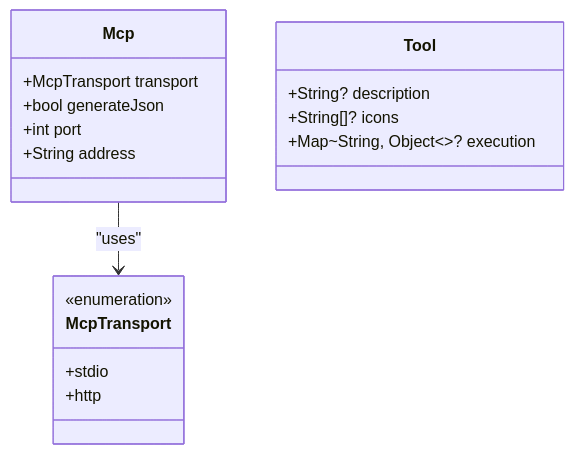
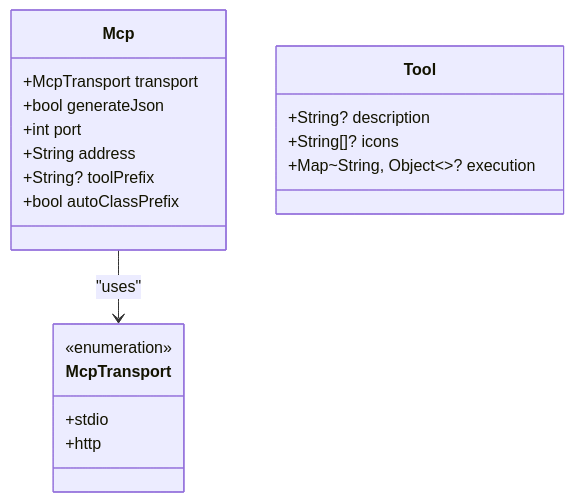
The third of 10 diagrams in .qoder/repowiki/en/content/Core Concepts/Core Concepts.md (cdavis-code/easy_mcp_workspace), drawn with Mermaid before and after one commit. The commit also changed other lines of this file and 8 other files, not shown here.

First line of the commit message:
fix: correct method name resolution when autoClassPrefix is enabled

````diff
--- a/.qoder/repowiki/en/content/Core Concepts/Core Concepts.md
+++ b/.qoder/repowiki/en/content/Core Concepts/Core Concepts.md
@@ -152,20 +162,22 @@
 ```mermaid
 classDiagram
 class Mcp {
 +McpTransport transport
 +bool generateJson
 +int port
 +String address
++String? toolPrefix
++bool autoClassPrefix
 }
 class Tool {
 +String? description
 +String[]? icons
 +Map~String, Object~~? execution
 }
 class McpTransport {
 <<enumeration>>
 +stdio
 +http
 }
 Mcp --> McpTransport : "uses"
 ```
````
